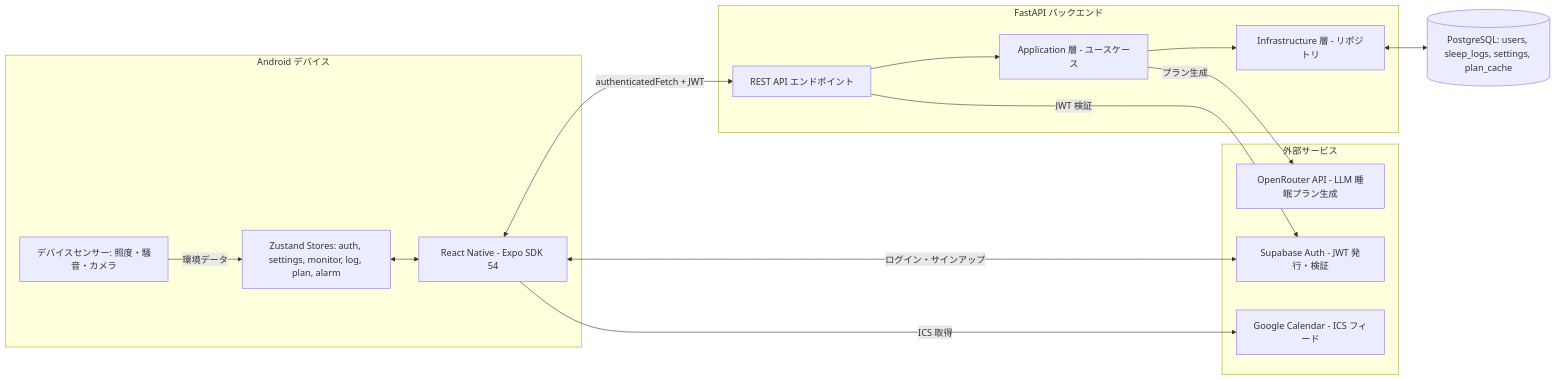
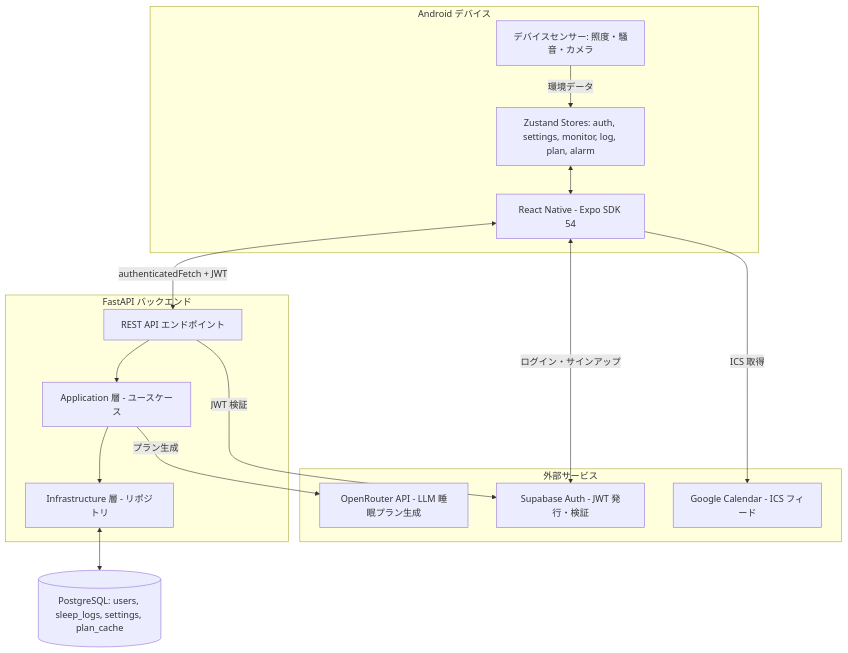
The seventh of 7 diagrams in flowchart.md (kc3hack/2026_team22), drawn with Mermaid before and after one commit.

````diff
--- a/flowchart.md
+++ b/flowchart.md
@@ -167,34 +167,34 @@
 ```mermaid
-flowchart LR
+flowchart TD
     subgraph Device["Android デバイス"]
         FE["React Native - Expo SDK 54"]
         SENSOR["デバイスセンサー: 照度・騒音・カメラ"]
         STORE["Zustand Stores: auth, settings, monitor, log, plan, alarm"]
     end
 
     subgraph External["外部サービス"]
         SUPA["Supabase Auth - JWT 発行・検証"]
         GCAL["Google Calendar - ICS フィード"]
         LLM["OpenRouter API - LLM 睡眠プラン生成"]
     end
 
     subgraph Backend["FastAPI バックエンド"]
         API["REST API エンドポイント"]
         UC["Application 層 - ユースケース"]
         REPO["Infrastructure 層 - リポジトリ"]
     end
 
     DB[("PostgreSQL: users, sleep_logs, settings, plan_cache")]
 
     FE <-->|"authenticatedFetch + JWT"| API
     FE <-->|"ログイン・サインアップ"| SUPA
     FE -->|"ICS 取得"| GCAL
     SENSOR -->|"環境データ"| STORE
     STORE <--> FE
 
     API --> UC
     UC --> REPO
     REPO <--> DB
     UC -->|"プラン生成"| LLM
     API -->|"JWT 検証"| SUPA
 ```
````
